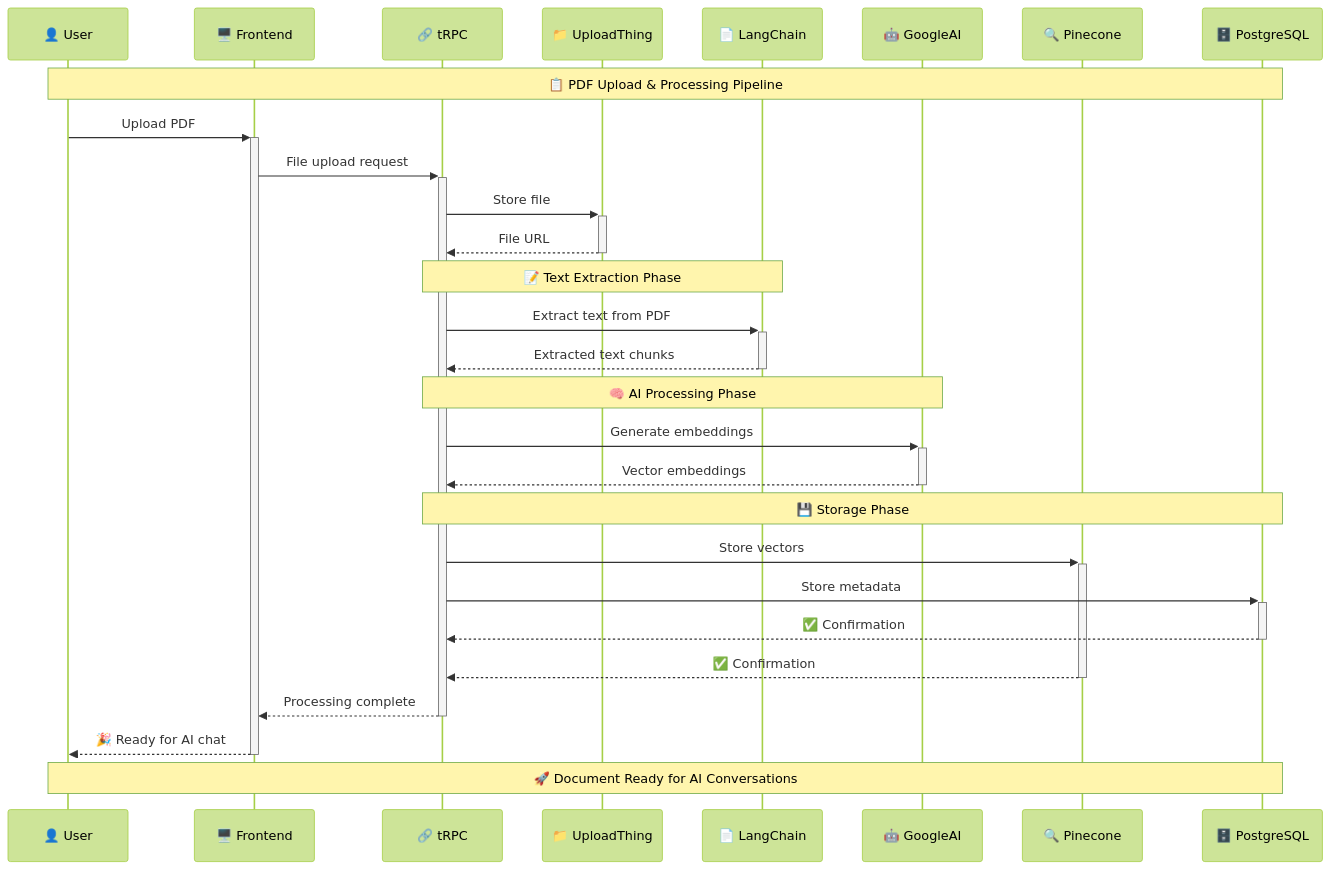
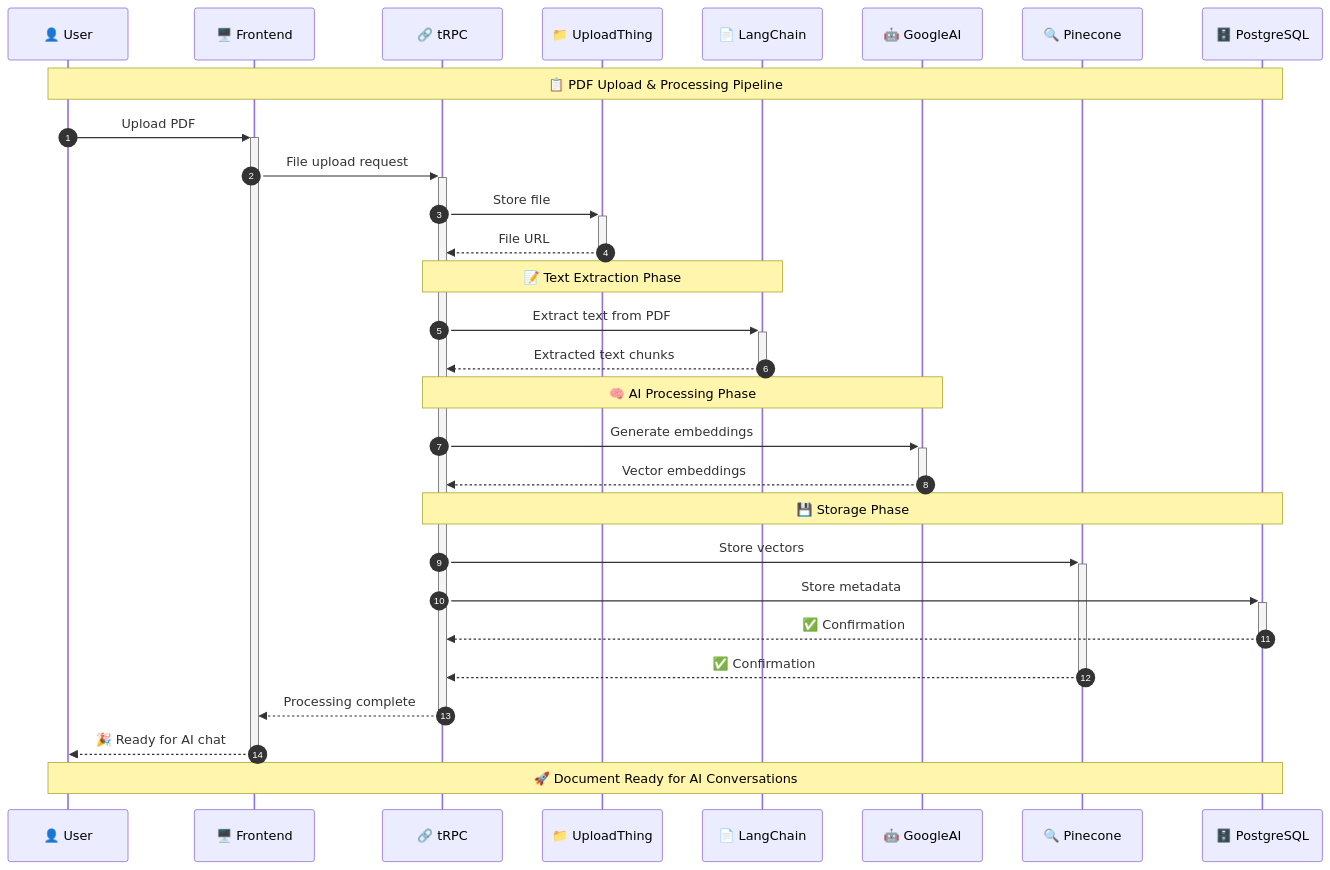
The second of 2 diagrams in README.md (pra9711/lexinote), drawn with Mermaid before and after one commit. The commit also changed other lines of this file, not shown here.

````diff
--- a/README.md
+++ b/README.md
@@ -324,41 +324,38 @@
 ```mermaid
----
-config:
-  theme: forest
----
+
 sequenceDiagram
     participant U as 👤 User
     participant F as 🖥️ Frontend
     participant T as 🔗 tRPC
     participant UT as 📁 UploadThing
     participant LC as 📄 LangChain
     participant GA as 🤖 GoogleAI
     participant PC as 🔍 Pinecone
     participant PG as 🗄️ PostgreSQL
-
+    autonumber
     Note over U,PG: 📋 PDF Upload & Processing Pipeline
 
     U->>+F: Upload PDF
     F->>+T: File upload request
     T->>+UT: Store file
     UT-->>-T: File URL
 
     Note over T,LC: 📝 Text Extraction Phase
     T->>+LC: Extract text from PDF
     LC-->>-T: Extracted text chunks
 
     Note over T,GA: 🧠 AI Processing Phase
     T->>+GA: Generate embeddings
     GA-->>-T: Vector embeddings
 
     Note over T,PG: 💾 Storage Phase
     T->>+PC: Store vectors
     T->>+PG: Store metadata
 
     PG-->>-T: ✅ Confirmation
     PC-->>-T: ✅ Confirmation
     T-->>-F: Processing complete
     F-->>-U: 🎉 Ready for AI chat
 
     Note over U,PG: 🚀 Document Ready for AI Conversations
 ```
````
